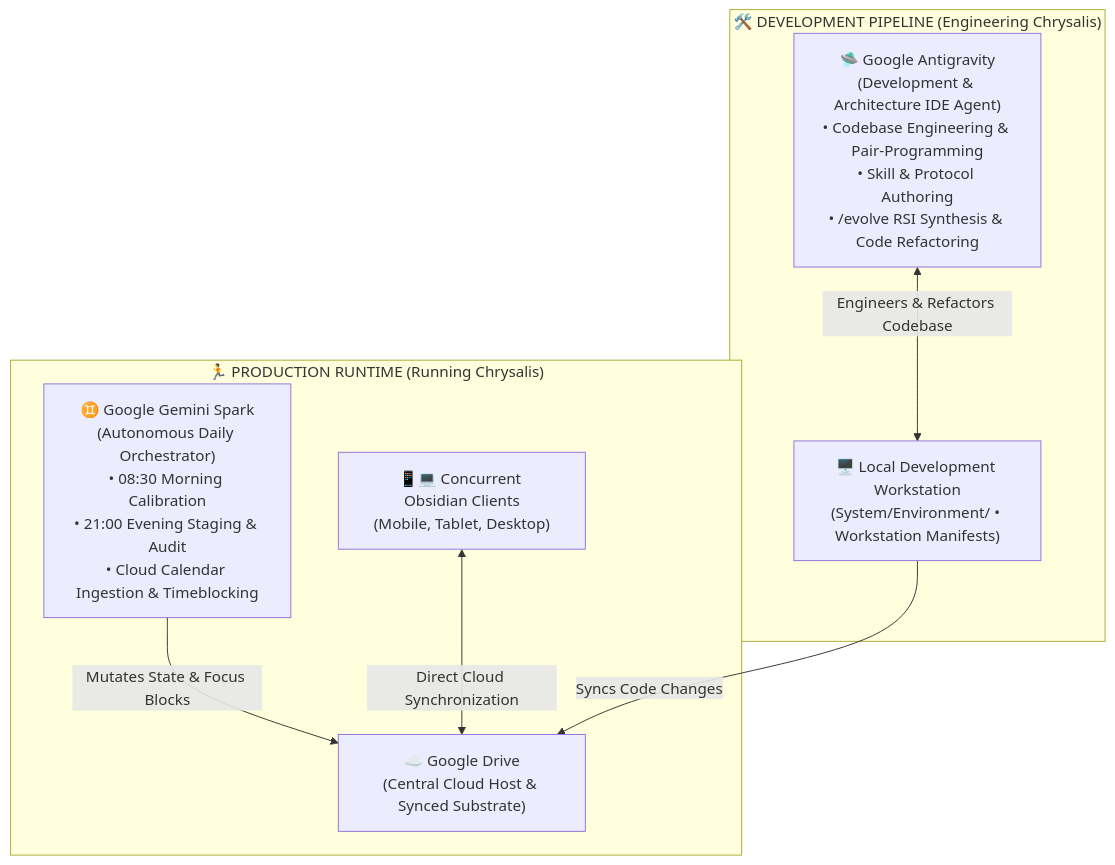
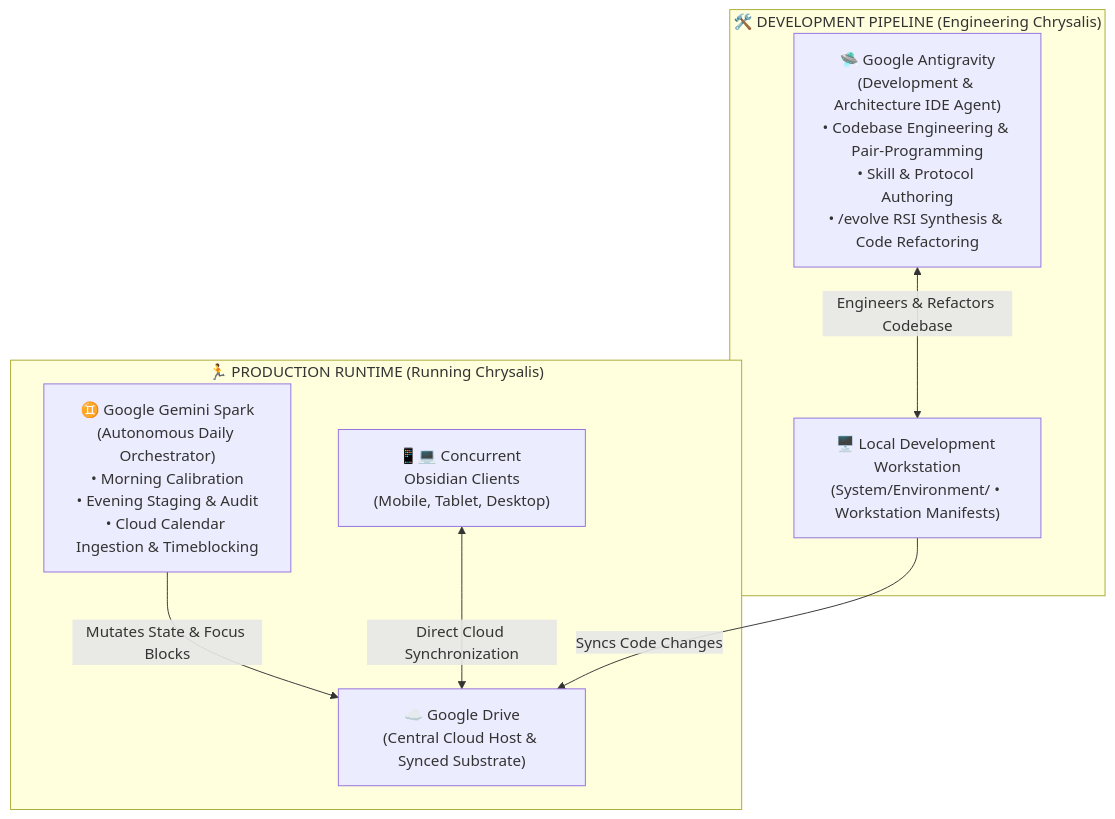
The diagram in README.md (tama-gucci/chrysalis), drawn with Mermaid before and after one commit. The commit also changed other lines of this file and 6 other files, not shown here.

````diff
--- a/README.md
+++ b/README.md
@@ -13,19 +13,19 @@
 ```mermaid
 graph TD
     subgraph Production ["🏃 PRODUCTION RUNTIME (Running Chrysalis)"]
         GDrive["☁️ Google Drive<br/>(Central Cloud Host & Synced Substrate)"]
-        GeminiSpark["♊ Google Gemini Spark<br/>(Autonomous Daily Orchestrator)<br/>• 08:30 Morning Calibration<br/>• 21:00 Evening Staging & Audit<br/>• Cloud Calendar Ingestion & Timeblocking"]
+        GeminiSpark["♊ Google Gemini Spark<br/>(Autonomous Daily Orchestrator)<br/>• Morning Calibration<br/>• Evening Staging & Audit<br/>• Cloud Calendar Ingestion & Timeblocking"]
         Clients["📱💻 Concurrent Obsidian Clients<br/>(Mobile, Tablet, Desktop)"]
         
         GeminiSpark -->|Mutates State & Focus Blocks| GDrive
         Clients <-->|Direct Cloud Synchronization| GDrive
     end
 
     subgraph Development ["🛠️ DEVELOPMENT PIPELINE (Engineering Chrysalis)"]
         Workstation["🖥️ Local Development Workstation<br/>(System/Environment/ • Workstation Manifests)"]
         Antigravity["🛸 Google Antigravity<br/>(Development & Architecture IDE Agent)<br/>• Codebase Engineering & Pair-Programming<br/>• Skill & Protocol Authoring<br/>• /evolve RSI Synthesis & Code Refactoring"]
         
         Antigravity <-->|Engineers & Refactors Codebase| Workstation
         Workstation -->|Syncs Code Changes| GDrive
     end
 ```
````
